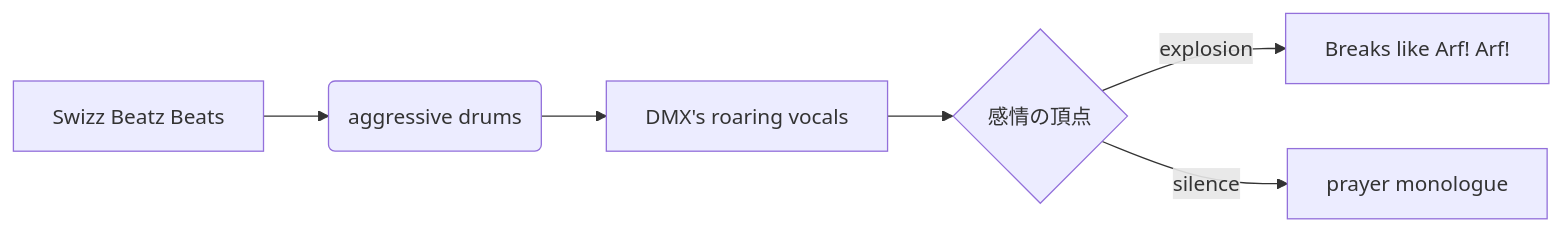
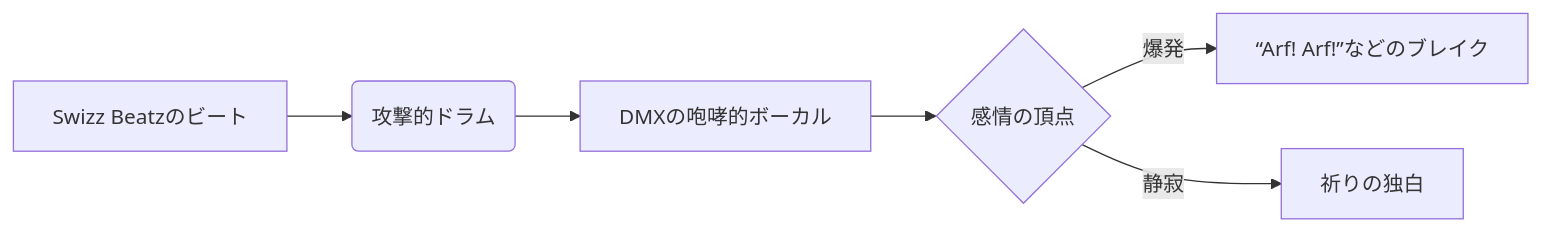
One commit to monumental-movement/monumental-movement.github.io changed the third of 3 diagrams in en/_posts/2025-10-29-column-dmx.md. Above: the diagram before and after it, drawn with Mermaid. The commit also changed other lines of this file and 2196 other files, not shown here.

```diff
--- a/en/_posts/2025-10-29-column-dmx.md
+++ b/en/_posts/2025-10-29-column-dmx.md
@@ -243,10 +243,10 @@
 <div class="mermaid">
 
 graph LR
-A[Swizz Beatz Beats] --> B(aggressive drums)
-B --> C[DMX's roaring vocals]
+A[Swizz Beatzのビート] --> B(攻撃的ドラム)
+B --> C[DMXの咆哮的ボーカル]
 C --> D{感情の頂点}
-D -->|explosion| E["Breaks like "Arf! Arf!""]
-D -->|silence| F[prayer monologue]
+D -->|爆発| E["“Arf! Arf!”などのブレイク"]
+D -->|静寂| F[祈りの独白]
 
 </div>
```
